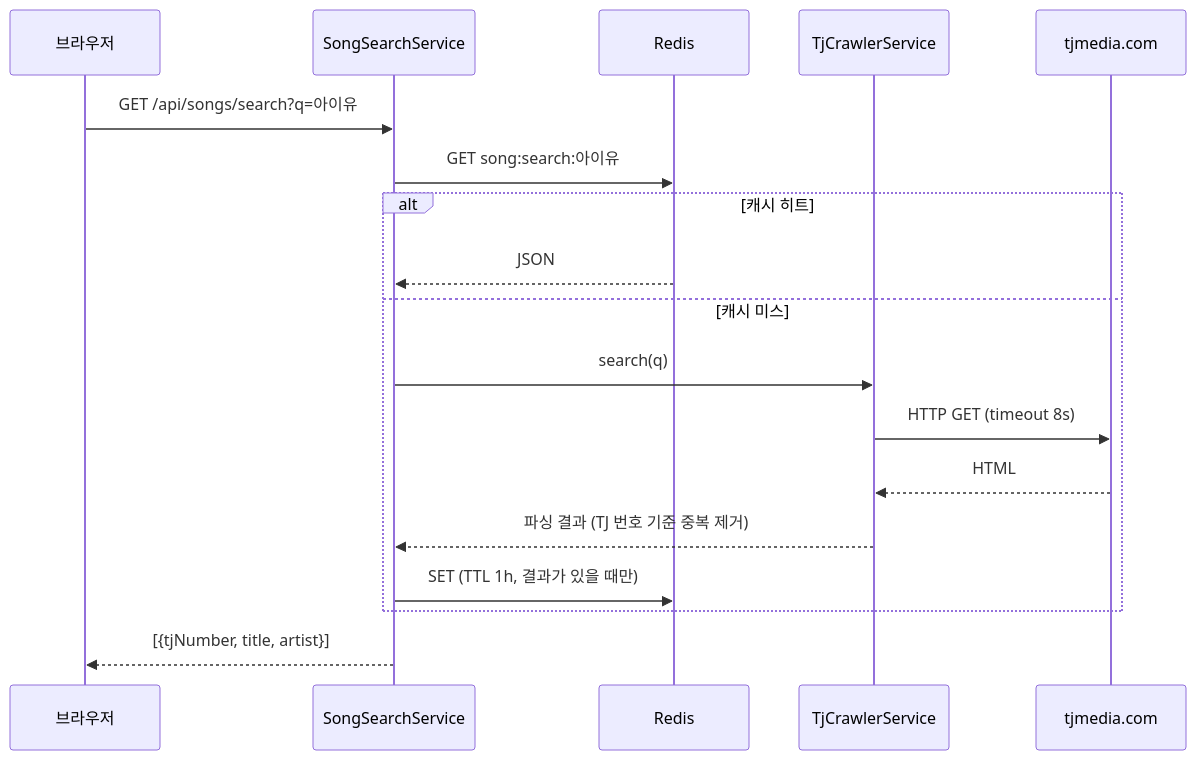
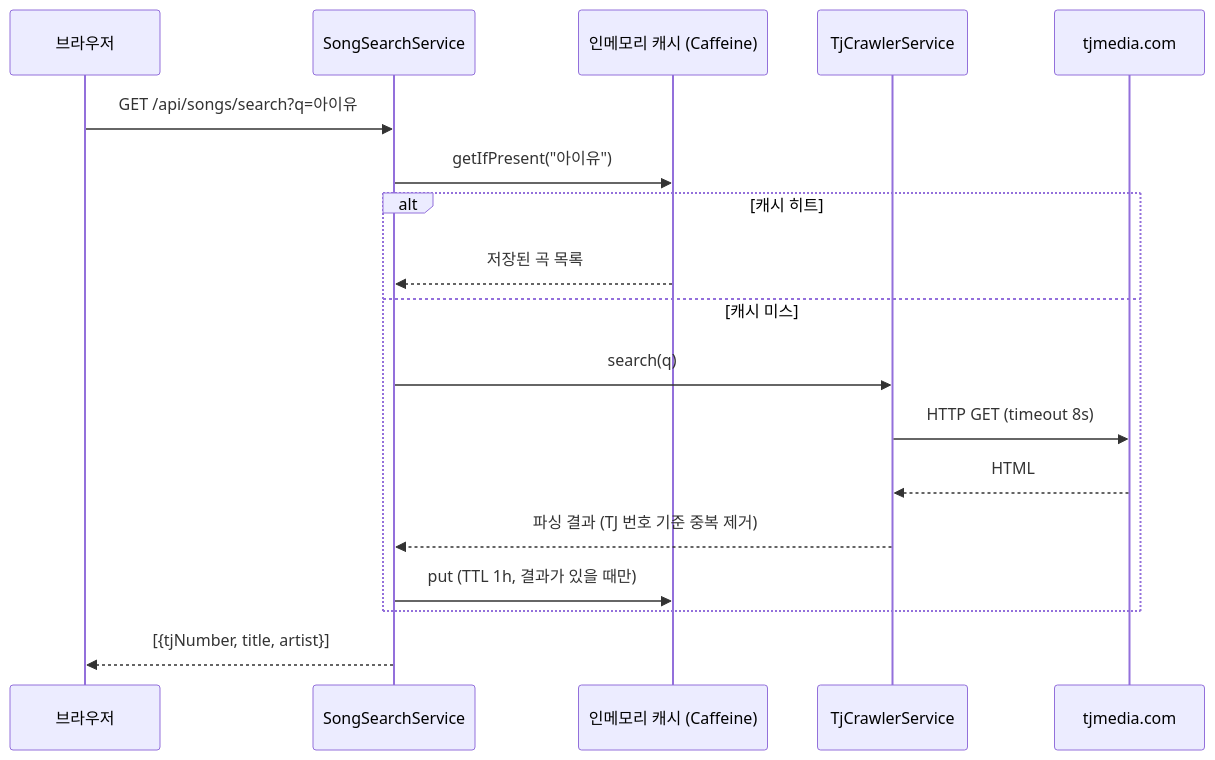
One commit to jsj1215/konolist changed the third of 4 diagrams in README.md. Above: the diagram before and after it, drawn with Mermaid. The commit also changed other lines of this file and 15 other files, not shown here.

````diff
--- a/README.md
+++ b/README.md
@@ -101,20 +169,20 @@
 ```mermaid
 sequenceDiagram
     participant C as 브라우저
     participant S as SongSearchService
-    participant R as Redis
+    participant M as 인메모리 캐시 (Caffeine)
     participant T as TjCrawlerService
     participant TJ as tjmedia.com
     C->>S: GET /api/songs/search?q=아이유
-    S->>R: GET song:search:아이유
+    S->>M: getIfPresent("아이유")
     alt 캐시 히트
-        R-->>S: JSON
+        M-->>S: 저장된 곡 목록
     else 캐시 미스
         S->>T: search(q)
         T->>TJ: HTTP GET (timeout 8s)
         TJ-->>T: HTML
         T-->>S: 파싱 결과 (TJ 번호 기준 중복 제거)
-        S->>R: SET (TTL 1h, 결과가 있을 때만)
+        S->>M: put (TTL 1h, 결과가 있을 때만)
     end
     S-->>C: [{tjNumber, title, artist}]
 ```
````
